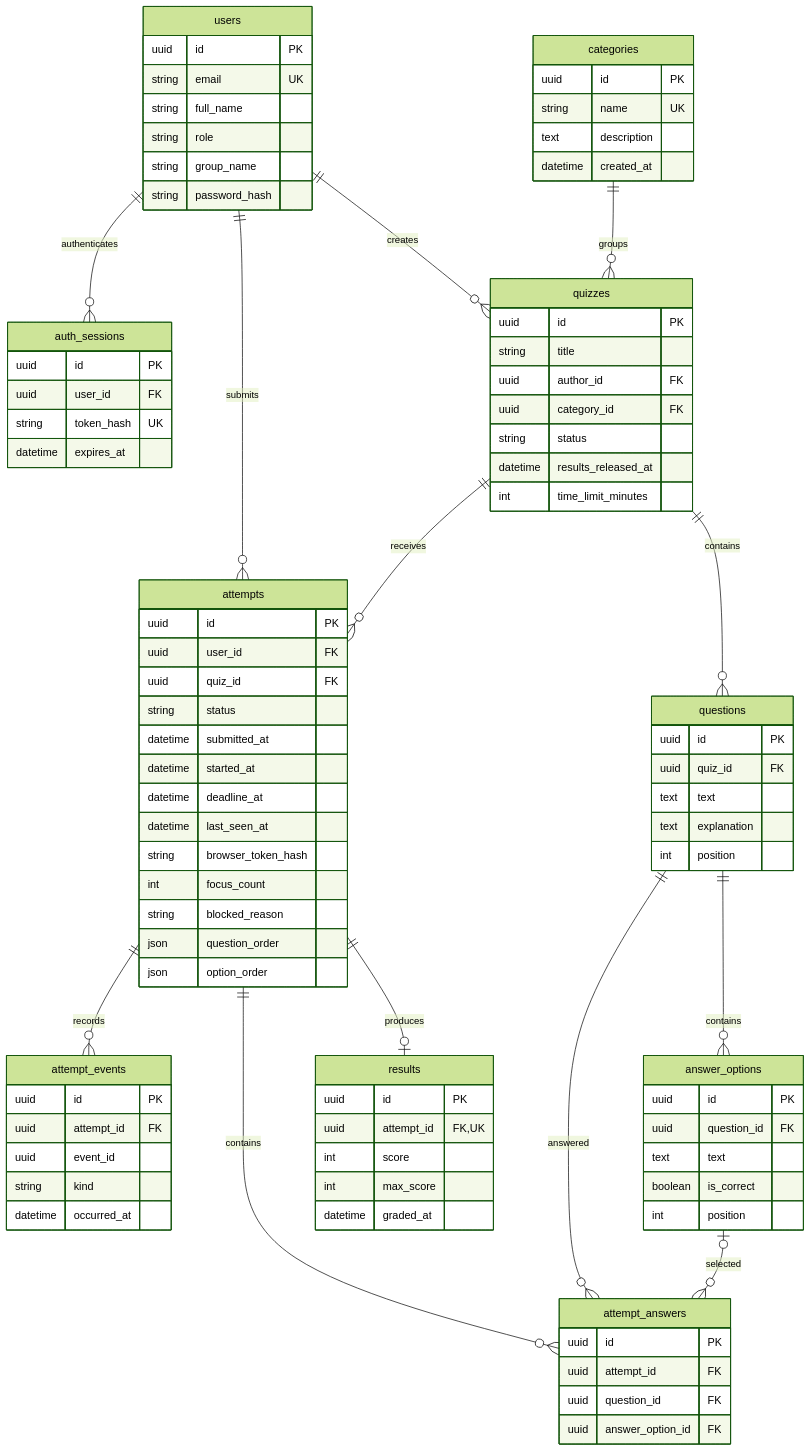
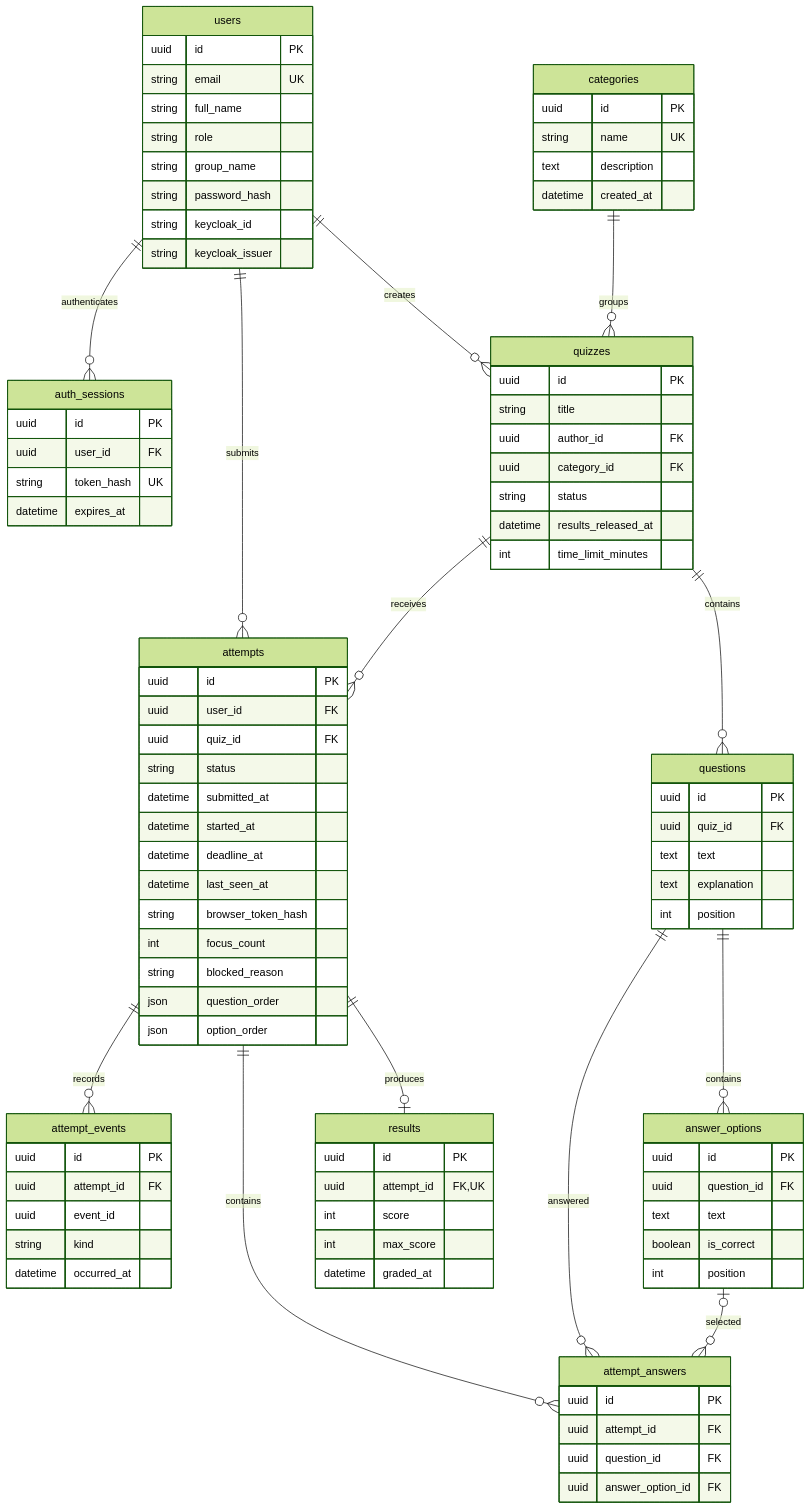
One commit to svetlanashegay-commits/Delul changed the diagram in docs/er-diagram.md. Above: the diagram before and after it, drawn with Mermaid (forest theme). The commit also changed other lines of this file and 52 other files, not shown here.

```diff
--- a/docs/er-diagram.md
+++ b/docs/er-diagram.md
@@ -57,6 +59,8 @@
         string role
         string group_name
         string password_hash
+        string keycloak_id
+        string keycloak_issuer
     }
     categories {
         uuid id PK
```
